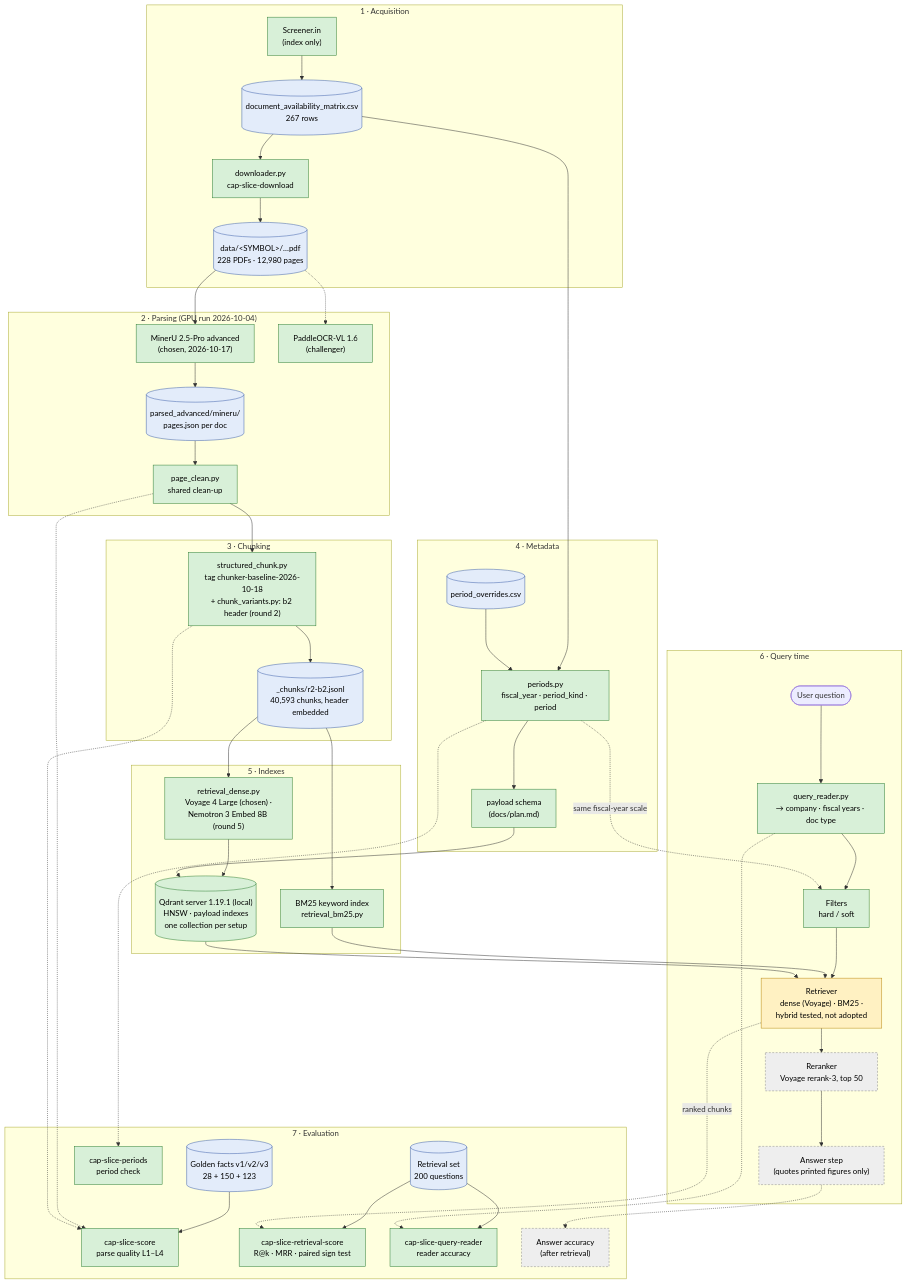
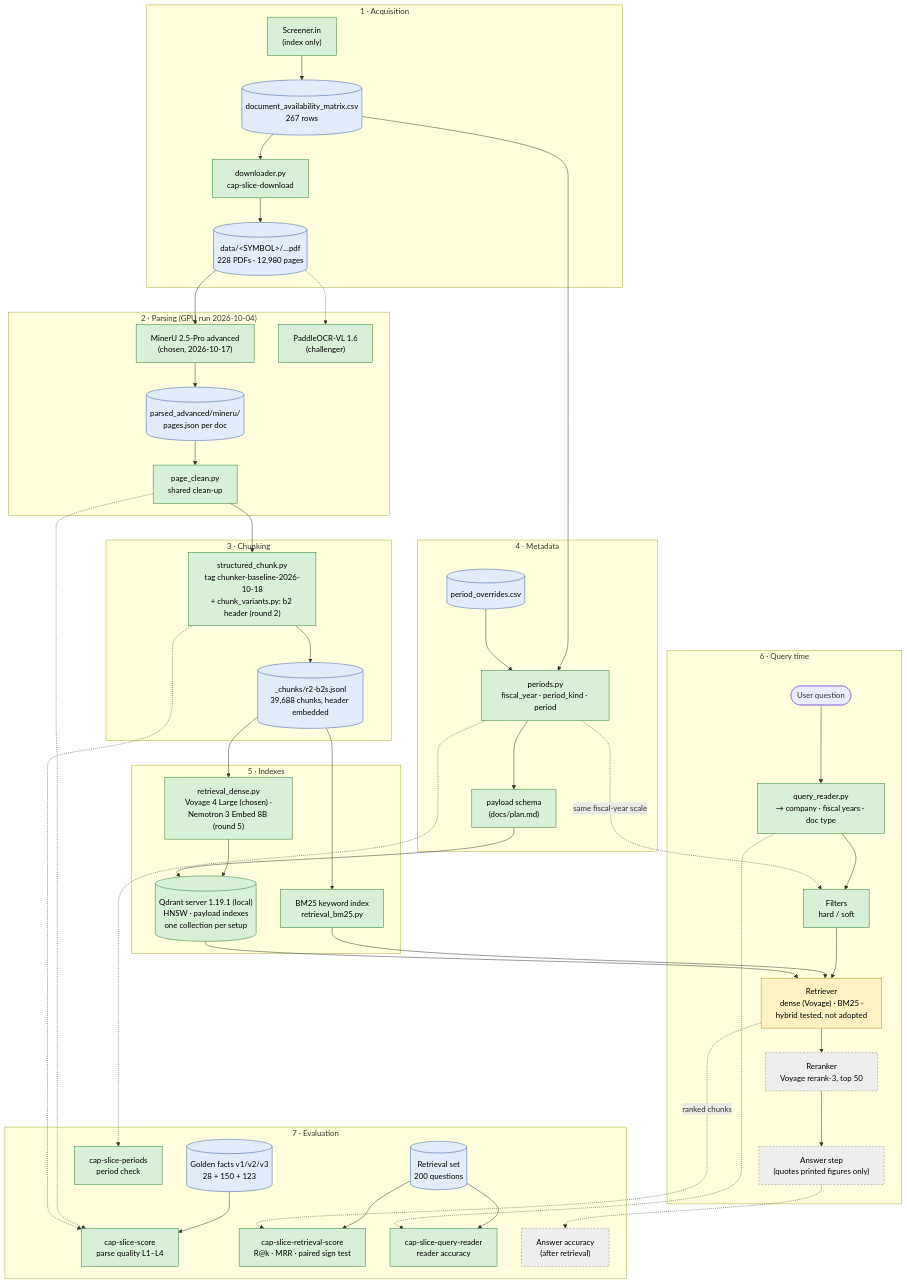
One commit to Tamil-Selvan-Murugesan/cap-slice changed the diagram in docs/architecture.md. Above: the diagram before and after it, drawn with Mermaid. The commit also changed other lines of this file and 23 other files, not shown here.

```diff
--- a/docs/architecture.md
+++ b/docs/architecture.md
@@ -32,7 +32,7 @@
 
     subgraph CHUNK["3 · Chunking"]
         SC["structured_chunk.py<br/>tag chunker-baseline-2026-10-18<br/>+ chunk_variants.py: b2 header (round 2)"]
-        CORP[("_chunks/r2-b2.jsonl<br/>40,593 chunks, header embedded")]
+        CORP[("_chunks/r2-b2s.jsonl<br/>39,688 chunks, header embedded")]
         CLEAN --> SC --> CORP
     end
 
```
